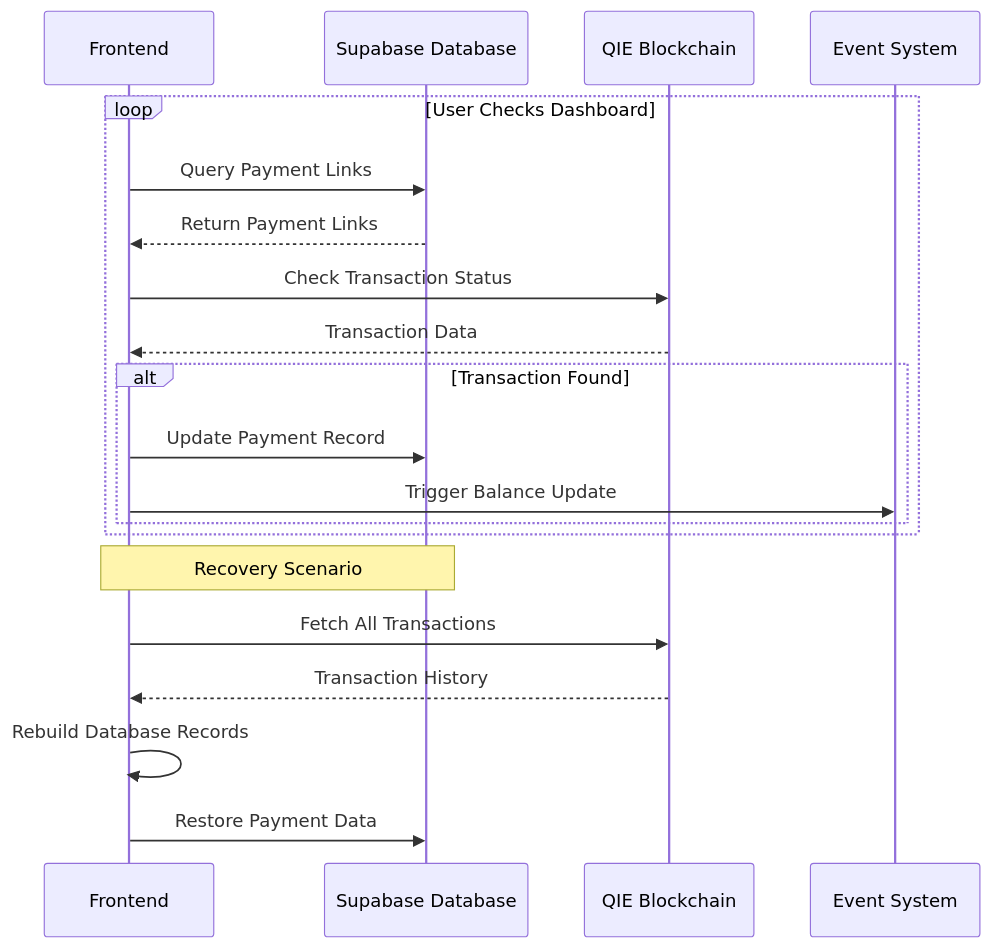
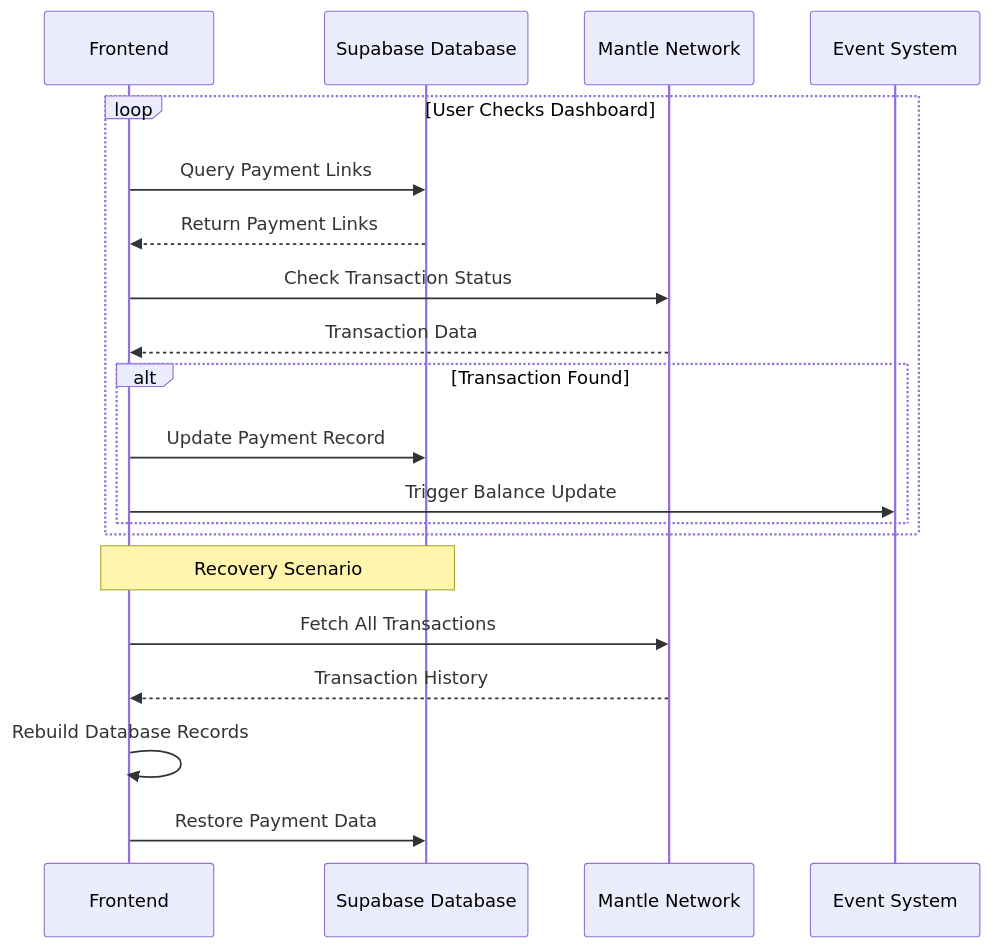
The fifth of 8 diagrams in README.md (AmaanSayyad/Private-Pay-Mantle), drawn with Mermaid before and after one commit. The commit also changed other lines of this file and 1 other file, not shown here.

First line of the commit message:
docs: Update README and add feature roadmap for Mantle hackathon

````diff
--- a/README.md
+++ b/README.md
@@ -421,26 +423,26 @@
 ```mermaid
 sequenceDiagram
     participant Frontend
     participant Supabase as Supabase Database
-    participant QIE as QIE Blockchain
+    participant Mantle as Mantle Network
     participant Events as Event System
     
     loop User Checks Dashboard
         Frontend->>Supabase: Query Payment Links
         Supabase-->>Frontend: Return Payment Links
         
-        Frontend->>QIE: Check Transaction Status
-        QIE-->>Frontend: Transaction Data
+        Frontend->>Mantle: Check Transaction Status
+        Mantle-->>Frontend: Transaction Data
         
         alt Transaction Found
             Frontend->>Supabase: Update Payment Record
             Frontend->>Events: Trigger Balance Update
         end
     end
     
     Note over Frontend,Supabase: Recovery Scenario
-    Frontend->>QIE: Fetch All Transactions
-    QIE-->>Frontend: Transaction History
+    Frontend->>Mantle: Fetch All Transactions
+    Mantle-->>Frontend: Transaction History
     Frontend->>Frontend: Rebuild Database Records
     Frontend->>Supabase: Restore Payment Data
 ```
````
